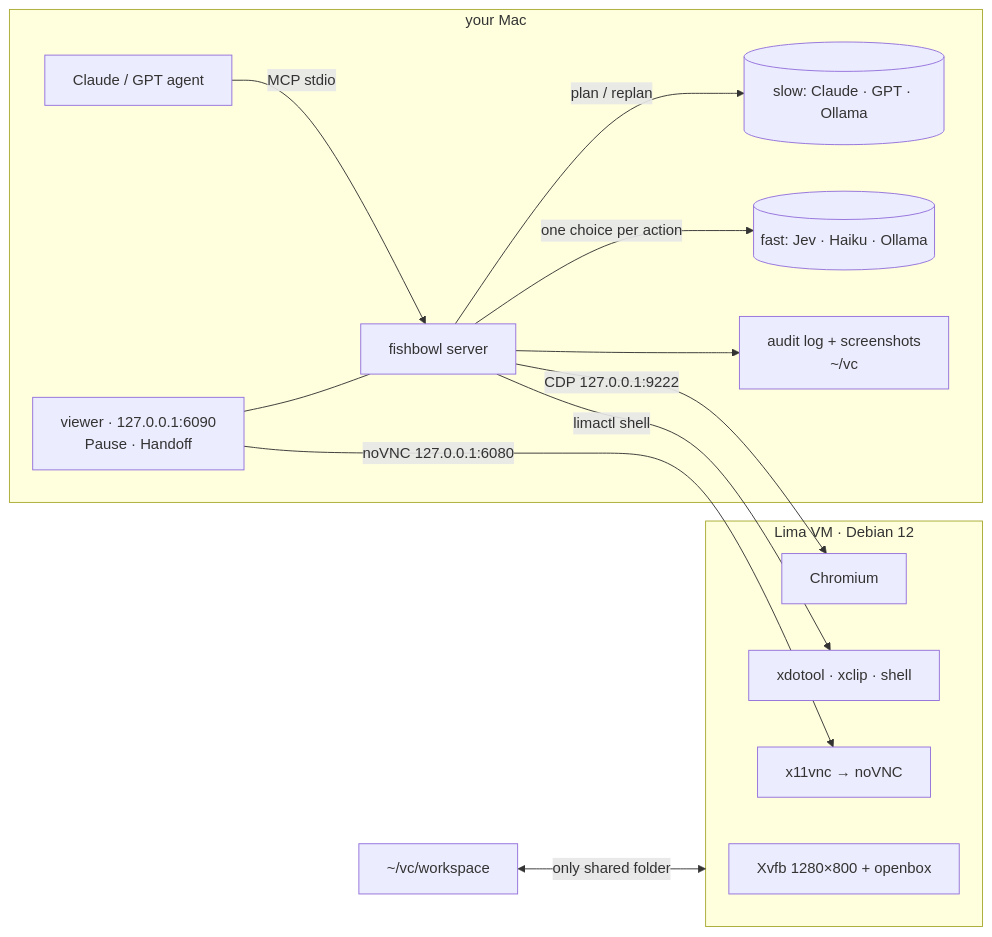
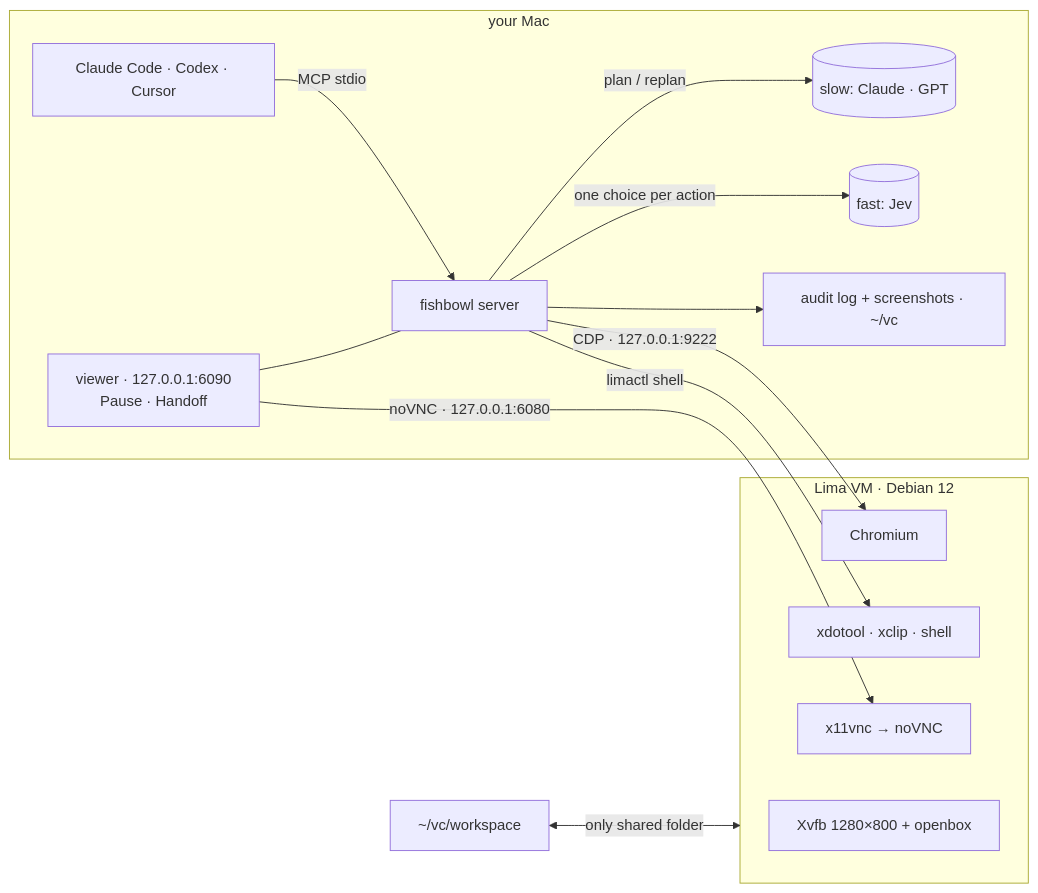
Before and after one commit to ericwang915/fishbowl: the diagram in README.md, drawn with Mermaid. The commit also changed other lines of this file, not shown here.

First line of the commit message:
README: rewrite around 'Claude plans, Jev executes'

````diff
--- a/README.md
+++ b/README.md
@@ -190,20 +198,20 @@
 ```mermaid
 flowchart LR
   subgraph Mac["your Mac"]
-    A["Claude / GPT agent"] -- "MCP stdio" --> S["fishbowl server"]
-    S -- "plan / replan" --> P[("slow: Claude · GPT · Ollama")]
-    S -- "one choice per action" --> M[("fast: Jev · Haiku · Ollama")]
-    S --> L["audit log + screenshots<br/>~/vc"]
+    A["Claude Code · Codex · Cursor"] -- "MCP stdio" --> S["fishbowl server"]
+    S -- "plan / replan" --> P[("slow: Claude · GPT")]
+    S -- "one choice per action" --> J[("fast: Jev")]
+    S --> L["audit log + screenshots · ~/vc"]
     V["viewer · 127.0.0.1:6090<br/>Pause · Handoff"] --- S
   end
   subgraph VM["Lima VM · Debian 12"]
     X["Xvfb 1280×800 + openbox"]
     C["Chromium"]
     N["x11vnc → noVNC"]
     D["xdotool · xclip · shell"]
   end
-  S -- "CDP 127.0.0.1:9222" --> C
+  S -- "CDP · 127.0.0.1:9222" --> C
   S -- "limactl shell" --> D
-  V -- "noVNC 127.0.0.1:6080" --> N
+  V -- "noVNC · 127.0.0.1:6080" --> N
   W["~/vc/workspace"] <-- "only shared folder" --> VM
 ```
````
